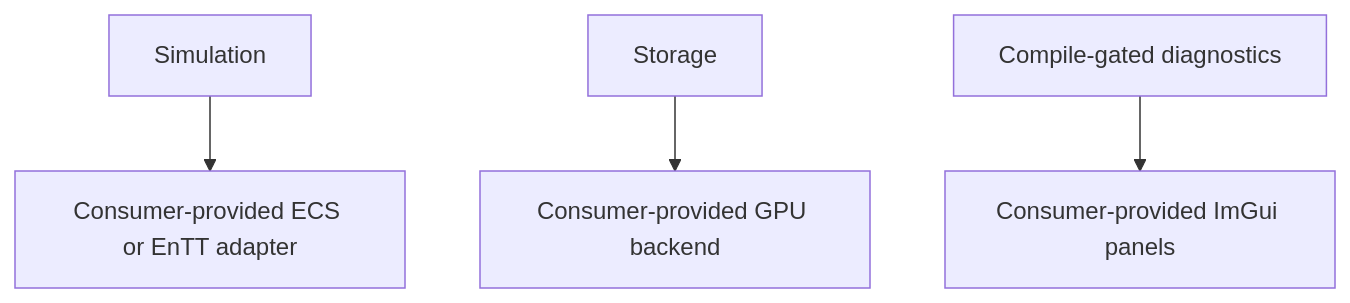
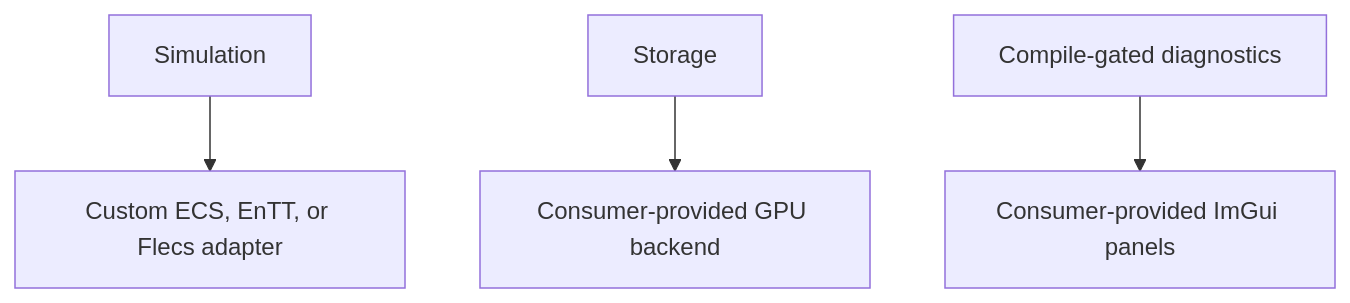
Before and after one commit to kindjie/tess: the second of 5 diagrams in docs/architecture/README.md, drawn with Mermaid. The commit also changed other lines of this file and 171 other files, not shown here.

First line of the commit message:
Complete the post-v0.4 roadmap through v0.12 (#59)

````diff
--- a/docs/architecture/README.md
+++ b/docs/architecture/README.md
@@ -44,9 +51,9 @@
 ```mermaid
 flowchart TB
   accTitle: Optional integration boundaries
   accDescr: Consumers opt into ECS adapters, the GPU interface, diagnostics, and ImGui panels without changing the dependency-free core.
 
-  Sim["Simulation"] --> ECS["Consumer-provided ECS or EnTT adapter"]
+  Sim["Simulation"] --> ECS["Custom ECS, EnTT, or Flecs adapter"]
   Storage["Storage"] --> GPU["Consumer-provided GPU backend"]
   Diagnostics["Compile-gated diagnostics"] --> Panels["Consumer-provided ImGui panels"]
 ```
````
